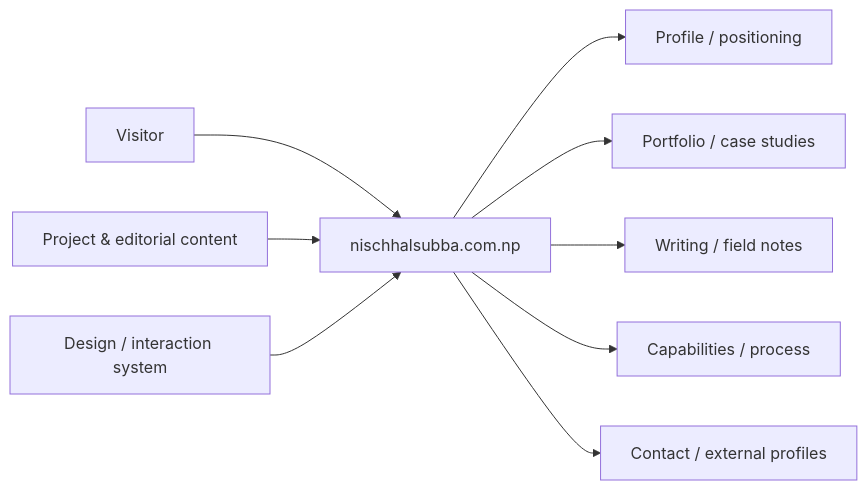
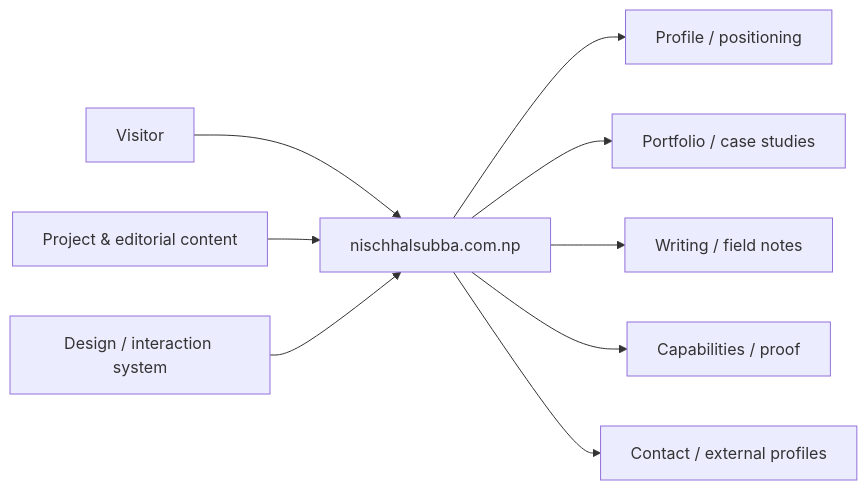
One commit to Nischhalsubba/nischhalsubba.com.np changed the first of 3 diagrams in README.md. Above: the diagram before and after it, drawn with Mermaid. The commit also changed other lines of this file and 5 other files, not shown here.

````diff
--- a/README.md
+++ b/README.md
@@ -22,11 +35,11 @@
 ```mermaid
 flowchart LR
     VISITOR["Visitor"] --> SITE["nischhalsubba.com.np"]
     SITE --> HOME["Profile / positioning"]
     SITE --> WORK["Portfolio / case studies"]
     SITE --> WRITING["Writing / field notes"]
-    SITE --> ABOUT["Capabilities / process"]
+    SITE --> ABOUT["Capabilities / proof"]
     SITE --> CONTACT["Contact / external profiles"]
     CONTENT["Project & editorial content"] --> SITE
     SYSTEM["Design / interaction system"] --> SITE
 ```
````
